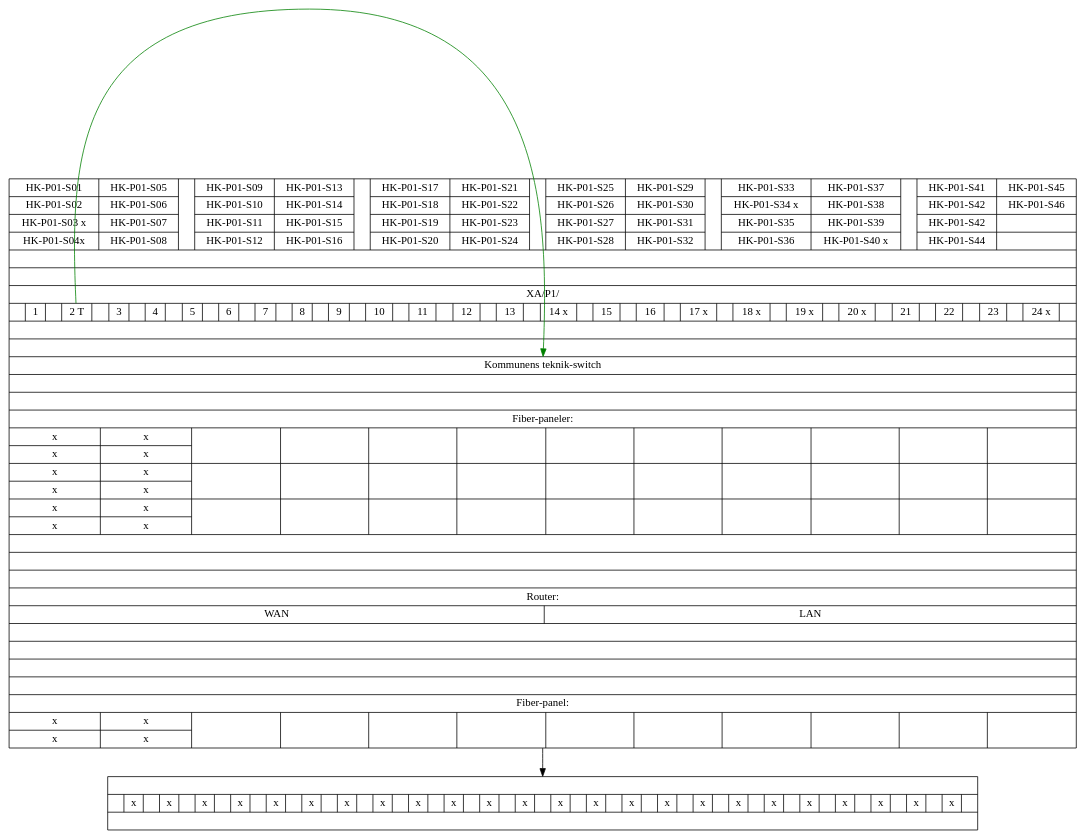
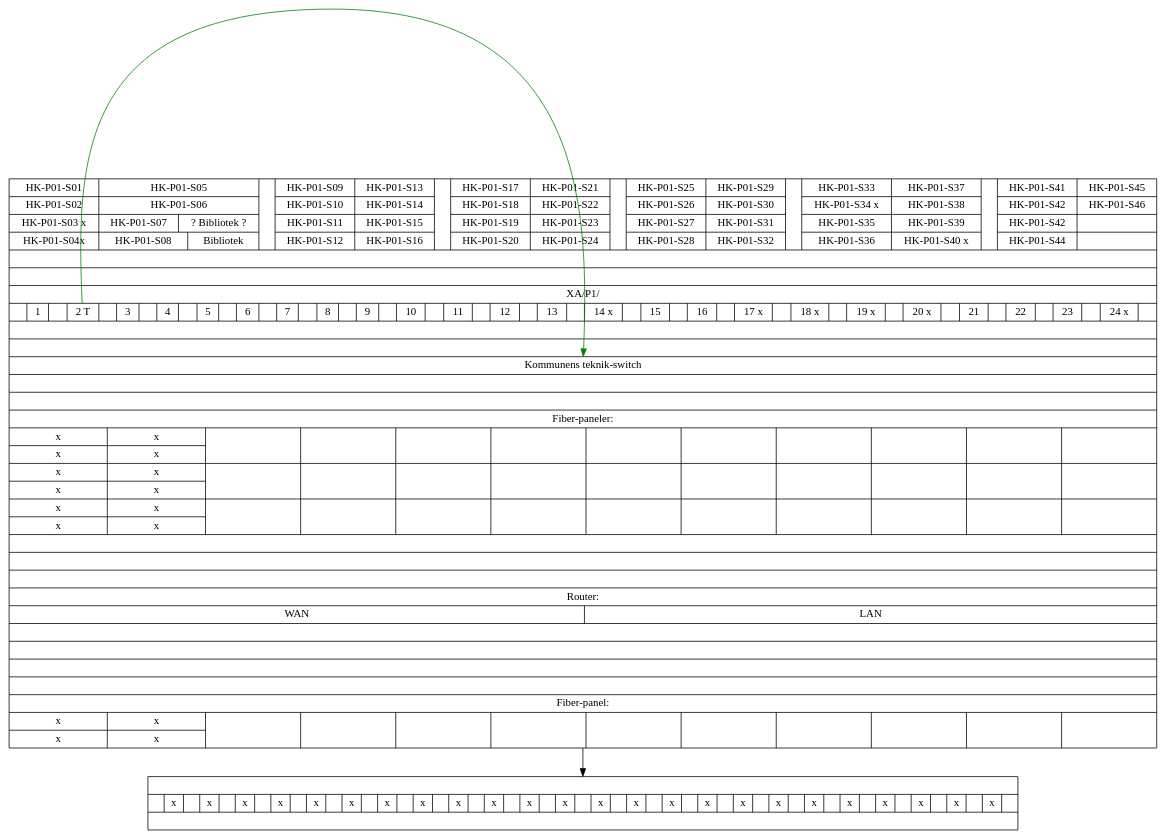
The diagram in projekter/patch-paneler.dot (alslug/alslug.dk), drawn with Graphviz before and after one commit.

```diff
--- a/projekter/patch-paneler.dot
+++ b/projekter/patch-paneler.dot
@@ -1,47 +1,47 @@
 digraph xxx {
   bib_patch [ shape=record label="{
   					{
 						{HK-P01-S01|HK-P01-S02|HK-P01-S03 x|HK-P01-S04x}|
-						{HK-P01-S05|HK-P01-S06|HK-P01-S07|HK-P01-S08}||
+						{HK-P01-S05|HK-P01-S06|{HK-P01-S07|? Bibliotek ?}|{HK-P01-S08|Bibliotek}}||
 						
 						{HK-P01-S09|HK-P01-S10|HK-P01-S11|HK-P01-S12}|
 						{HK-P01-S13|HK-P01-S14|HK-P01-S15|HK-P01-S16}||
 						
 						{HK-P01-S17|HK-P01-S18|HK-P01-S19|HK-P01-S20}|
 						{HK-P01-S21|HK-P01-S22|HK-P01-S23|HK-P01-S24}||
 						
 						{HK-P01-S25|HK-P01-S26|HK-P01-S27|HK-P01-S28}|
 						{HK-P01-S29|HK-P01-S30|HK-P01-S31|HK-P01-S32}||
 						
 						{HK-P01-S33|HK-P01-S34 x|HK-P01-S35|HK-P01-S36}|
 						{HK-P01-S37|HK-P01-S38|HK-P01-S39|HK-P01-S40 x}||
 						
 						{HK-P01-S41|HK-P01-S42|HK-P01-S42|HK-P01-S44}|
 						{HK-P01-S45|HK-P01-S46||}
 					}
 					|||XA/P1/|
 					{|1||<xa_p1_2> 2 T||3||4||5||6||7||8||9||10||11||12||13||14 x||15||16||17 x||18 x||19 x||20 x||21||22||23||24 x|}
 					|||
 					<kom_switch>Kommunens teknik-switch
 					|||
 					Fiber-paneler:
 					|
 					{{x|x}|{x|x}||||||||||}
 					|
 					{{x|x}|{x|x}||||||||||}
 					|
 					{{x|x}|{x|x}||||||||||}
 					||||
 					Router:|
 					{WAN|LAN}|
 					{}
 					||||
 					Fiber-panel:|
 					{{x|x}|{x|x}||||||||||}
 				   }" ];
   alslug_patch [ shape=record label="{
 					|{ |x| |x| |x| |x| |x| |x| |x| |x| |x| |x| |x| |x| |x| |x| |x| |x| |x| |x| |x| |x| |x| |x| |x| |x| }|
                                       }" ];
   bib_patch -> alslug_patch;
   bib_patch:xa_p1_2 -> bib_patch:kom_switch [ color=green ];
 }
```
